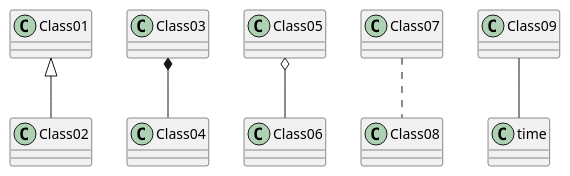
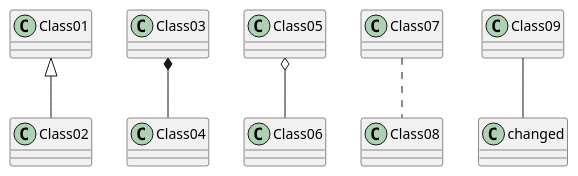
The diagram in meilenstein_03/test.puml (weichware10/meilensteine), drawn with PlantUML before and after one commit. The commit also changed 1 other file, not shown here.

```diff
--- a/meilenstein_03/test.puml
+++ b/meilenstein_03/test.puml
@@ -1,7 +1,7 @@
 @startuml test
 Class01 <|-- Class02
 Class03 *-- Class04
 Class05 o-- Class06
 Class07 .. Class08
-Class09 -- time
+Class09 -- changed
 @enduml
```
